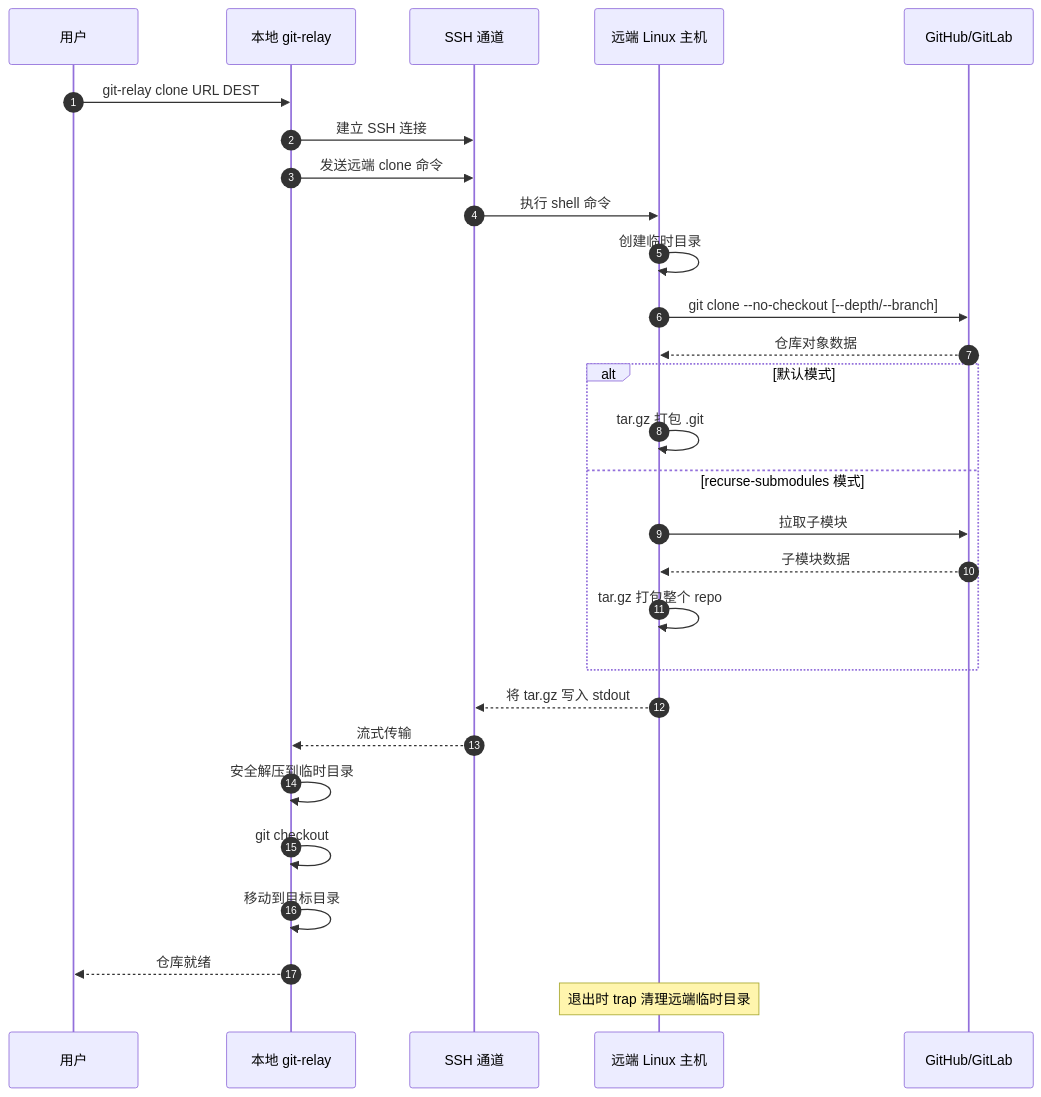
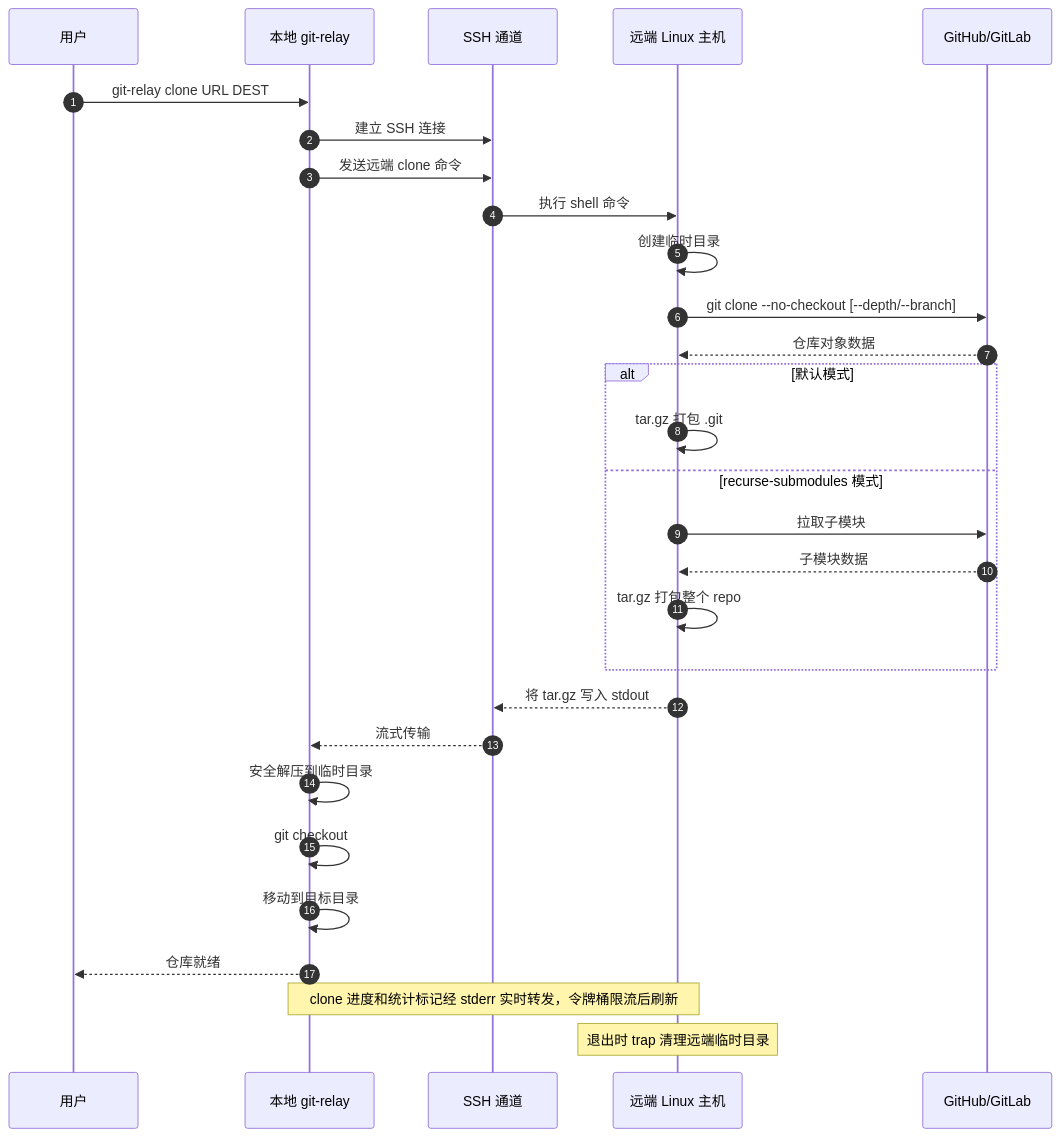
The diagram in docs/architecture.md (sunbines/git-relay), drawn with Mermaid before and after one commit. The commit also changed other lines of this file and 4 other files, not shown here.

````diff
--- a/docs/architecture.md
+++ b/docs/architecture.md
@@ -18,35 +18,36 @@
 ```mermaid
 sequenceDiagram
     autonumber
     participant U as 用户
     participant L as 本地 git-relay
     participant S as SSH 通道
     participant R as 远端 Linux 主机
     participant G as GitHub/GitLab
 
     U->>L: git-relay clone URL DEST
     L->>S: 建立 SSH 连接
     L->>S: 发送远端 clone 命令
     S->>R: 执行 shell 命令
 
     R->>R: 创建临时目录
     R->>G: git clone --no-checkout [--depth/--branch]
     G-->>R: 仓库对象数据
 
     alt 默认模式
         R->>R: tar.gz 打包 .git
     else recurse-submodules 模式
         R->>G: 拉取子模块
         G-->>R: 子模块数据
         R->>R: tar.gz 打包整个 repo
     end
 
     R-->>S: 将 tar.gz 写入 stdout
     S-->>L: 流式传输
     L->>L: 安全解压到临时目录
     L->>L: git checkout
     L->>L: 移动到目标目录
     L-->>U: 仓库就绪
 
+    Note over R,L: clone 进度和统计标记经 stderr 实时转发，令牌桶限流后刷新
     Note over R: 退出时 trap 清理远端临时目录
 ```
````
